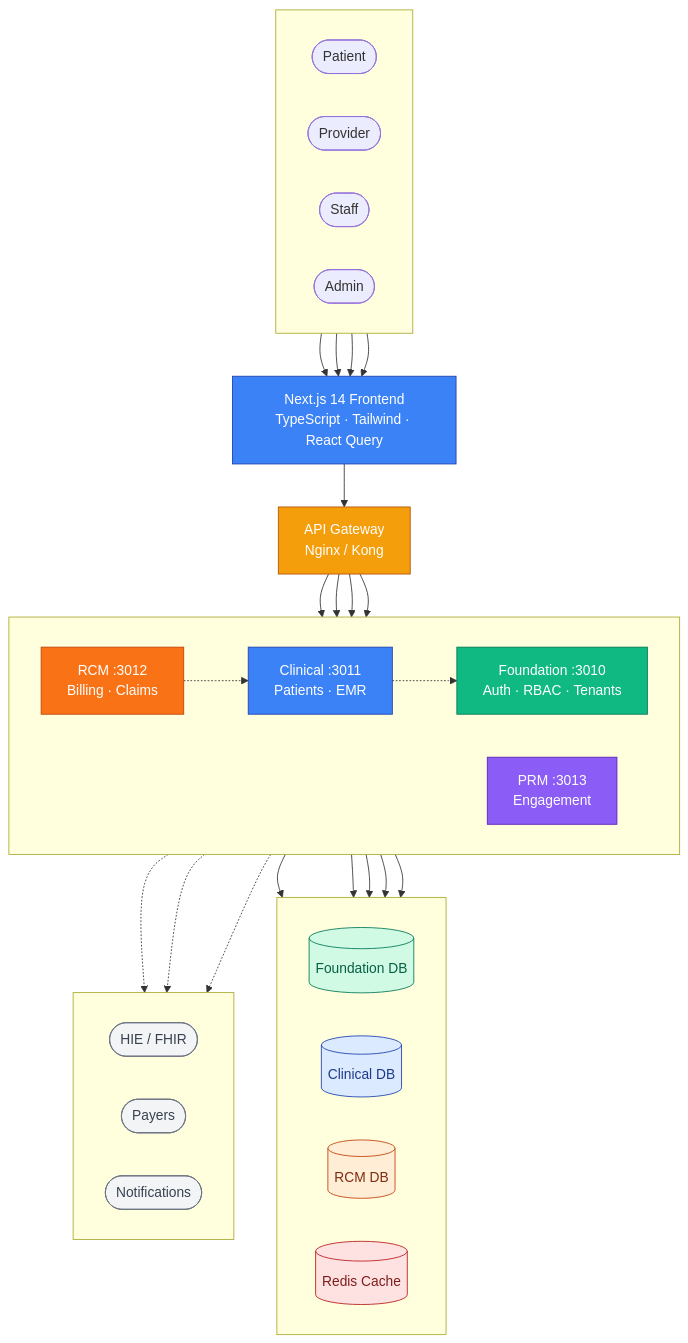
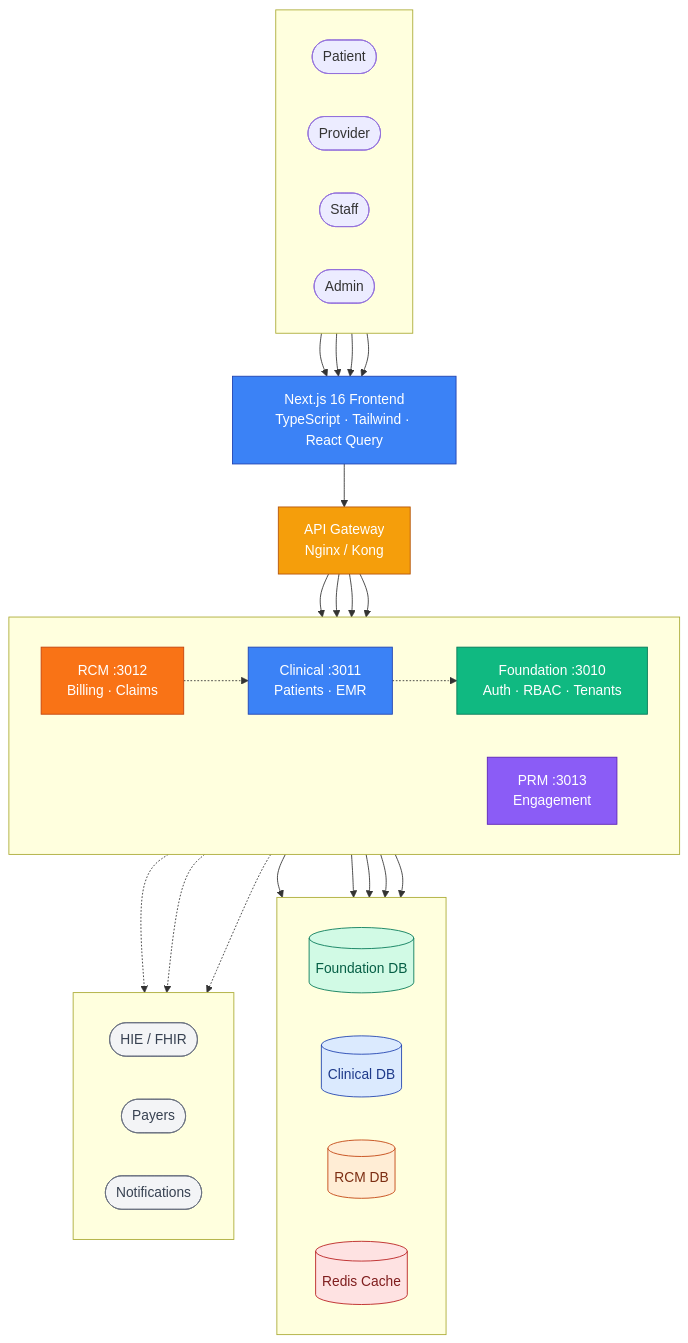
The first of 15 diagrams in docs/architecture/TECHNICAL-ARCHITECTURE.md (daivahealth/athma-ce), drawn with Mermaid before and after one commit. The commit also changed other lines of this file and 117 other files, not shown here.

````diff
--- a/docs/architecture/TECHNICAL-ARCHITECTURE.md
+++ b/docs/architecture/TECHNICAL-ARCHITECTURE.md
@@ -71,68 +71,68 @@
 ```mermaid
 flowchart TB
     subgraph Users[" "]
         direction LR
         Patient(["Patient"])
         Provider(["Provider"])
         Staff(["Staff"])
         Admin(["Admin"])
     end
 
-    WebApp["Next.js 14 Frontend<br/>TypeScript · Tailwind · React Query"]
+    WebApp["Next.js 16 Frontend<br/>TypeScript · Tailwind · React Query"]
 
     APIGW["API Gateway<br/>Nginx / Kong"]
 
     subgraph Services[" "]
         direction LR
         Foundation["Foundation :3010<br/>Auth · RBAC · Tenants"]
         Clinical["Clinical :3011<br/>Patients · EMR"]
         RCM["RCM :3012<br/>Billing · Claims"]
         PRM["PRM :3013<br/>Engagement"]
     end
 
     subgraph DataStores[" "]
         direction LR
         DB_F[(Foundation DB)]
         DB_C[(Clinical DB)]
         DB_R[(RCM DB)]
         Redis[(Redis Cache)]
     end
 
     subgraph External[" "]
         direction LR
         HIE(["HIE / FHIR"])
         Payers(["Payers"])
         Notify(["Notifications"])
     end
 
     Patient & Provider & Staff & Admin --> WebApp
     WebApp --> APIGW
     APIGW --> Foundation & Clinical & RCM & PRM
 
     Foundation --> DB_F
     Clinical --> DB_C
     RCM --> DB_R
     Foundation --> Redis
     Clinical --> Redis
 
     Clinical -.-> Foundation
     RCM -.-> Clinical
 
     Clinical -.-> HIE
     RCM -.-> Payers
     PRM -.-> Notify
 
     style WebApp fill:#3B82F6,stroke:#1E40AF,color:#fff
     style APIGW fill:#F59E0B,stroke:#B45309,color:#fff
     style Foundation fill:#10B981,stroke:#047857,color:#fff
     style Clinical fill:#3B82F6,stroke:#1E40AF,color:#fff
     style RCM fill:#F97316,stroke:#C2410C,color:#fff
     style PRM fill:#8B5CF6,stroke:#5B21B6,color:#fff
     style DB_F fill:#D1FAE5,stroke:#047857,color:#065F46
     style DB_C fill:#DBEAFE,stroke:#1E40AF,color:#1E3A8A
     style DB_R fill:#FFEDD5,stroke:#C2410C,color:#7C2D12
     style Redis fill:#FEE2E2,stroke:#B91C1C,color:#7F1D1D
     style HIE fill:#F3F4F6,stroke:#6B7280,color:#374151
     style Payers fill:#F3F4F6,stroke:#6B7280,color:#374151
     style Notify fill:#F3F4F6,stroke:#6B7280,color:#374151
 ```
````
